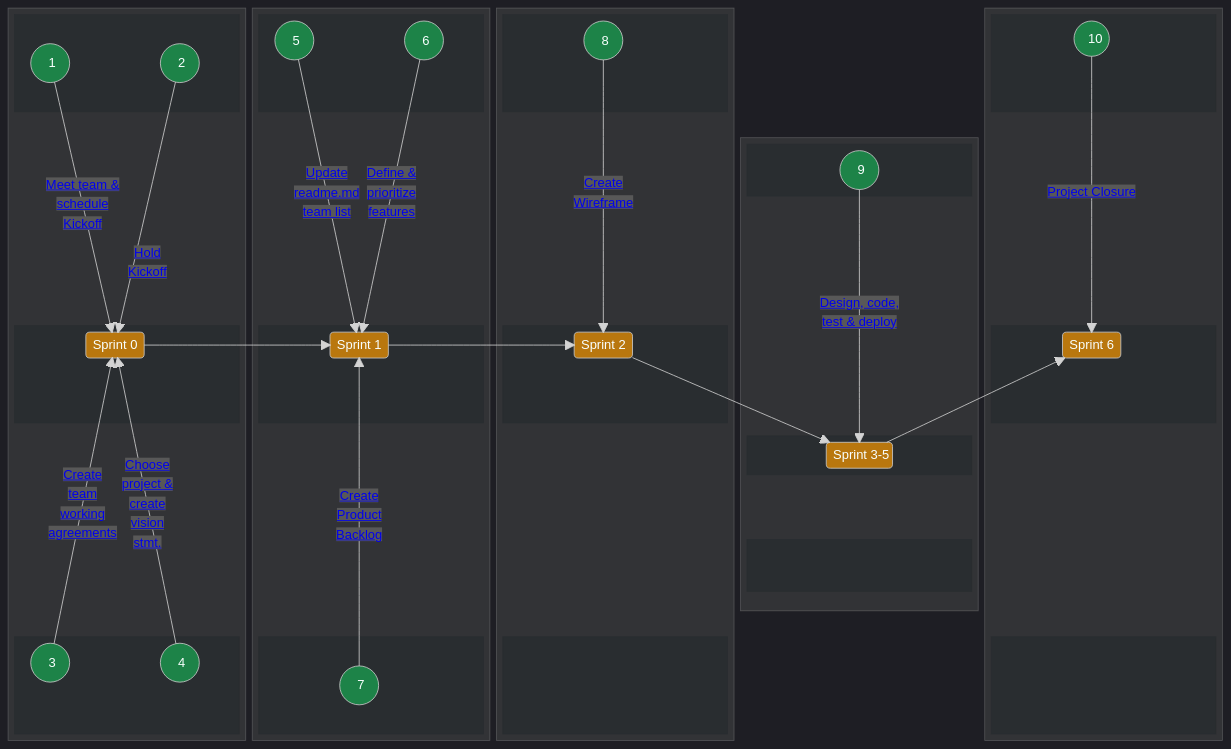
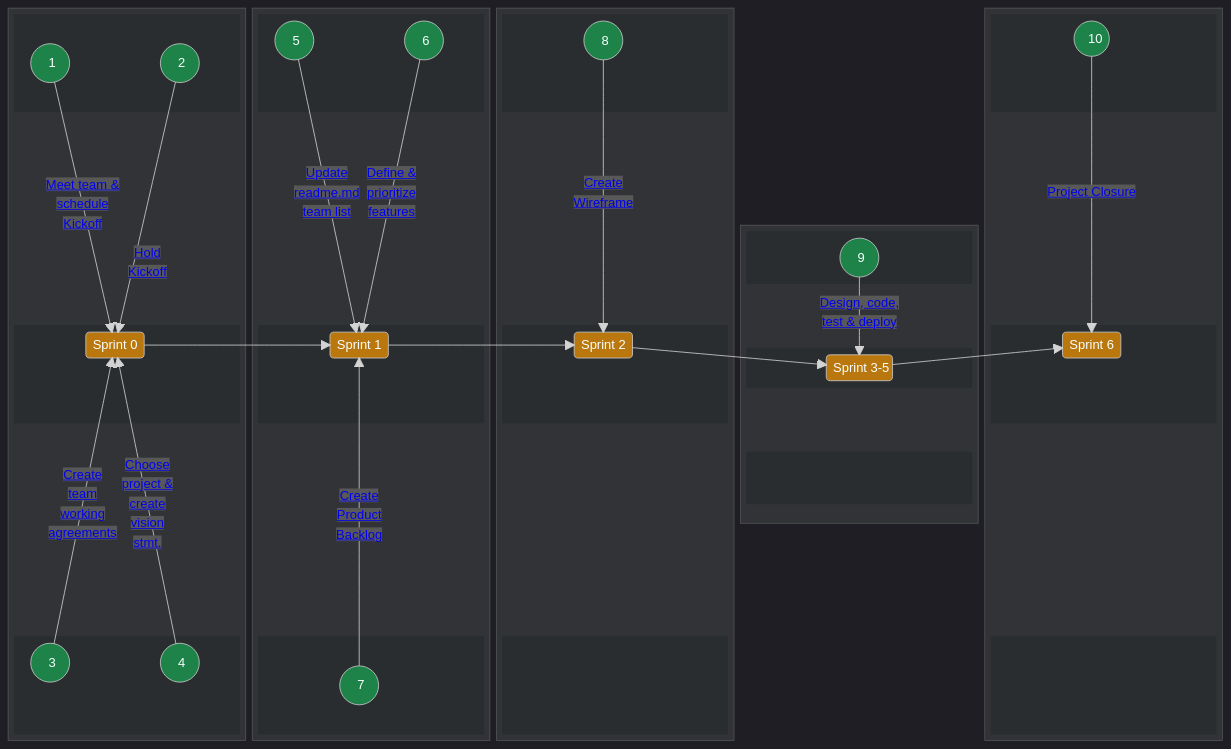
The first of 2 diagrams in docs/guides/voyage/voyage.md (chingu-voyages/Handbook), drawn with Mermaid before and after one commit.

Commit message:
Feature: Update sprint diagram task ordering

```diff
--- a/docs/guides/voyage/voyage.md
+++ b/docs/guides/voyage/voyage.md
@@ -160,9 +160,6 @@
         space
       end
       space
-      space
-      space
-      space
       block:B3CENTER
         columns 3
         space
```
